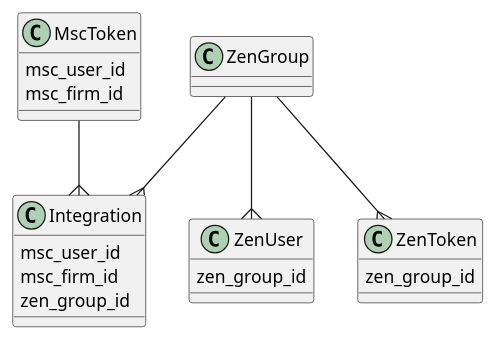
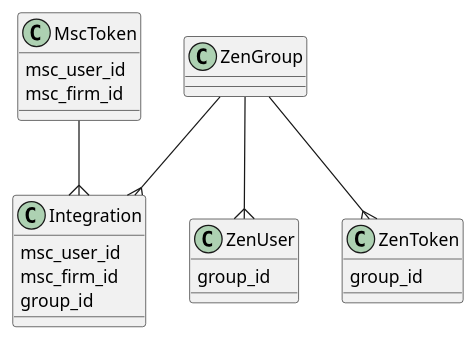
Before and after one commit to Bolid1/msc-zen-integration: the first of 3 diagrams in README.md, drawn with PlantUML. The commit also changed other lines of this file and 15 other files, not shown here.

````diff
--- a/README.md
+++ b/README.md
@@ -86,29 +86,29 @@
 ```plantuml
 @startuml
 
 MscToken --{ Integration
 ZenGroup --{ Integration
 ZenGroup --{ ZenUser
 ZenGroup --{ ZenToken
 
 class MscToken {
     msc_user_id
     msc_firm_id
 }
 
 class ZenToken {
-    zen_group_id
+    group_id
 }
 
 class ZenUser {
-    zen_group_id
+    group_id
 }
 
 class Integration {
     msc_user_id
     msc_firm_id
-    zen_group_id
+    group_id
 }
 
 @enduml
 ```
````
